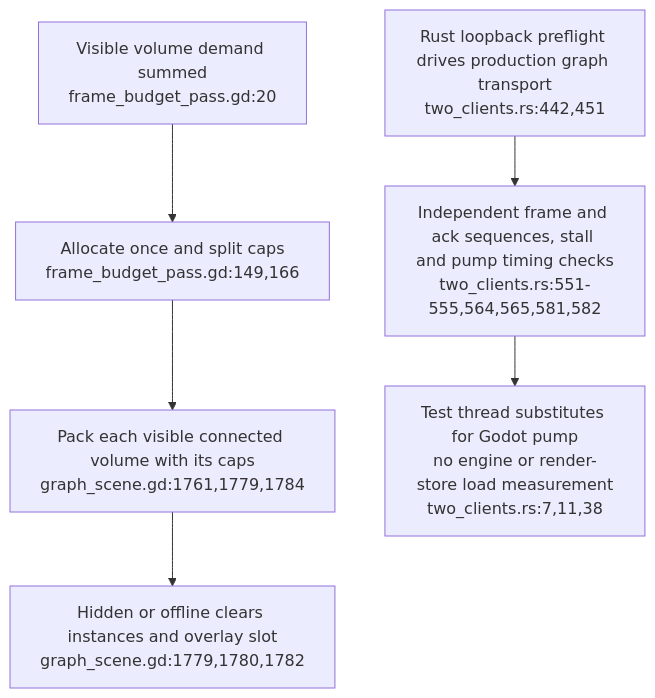
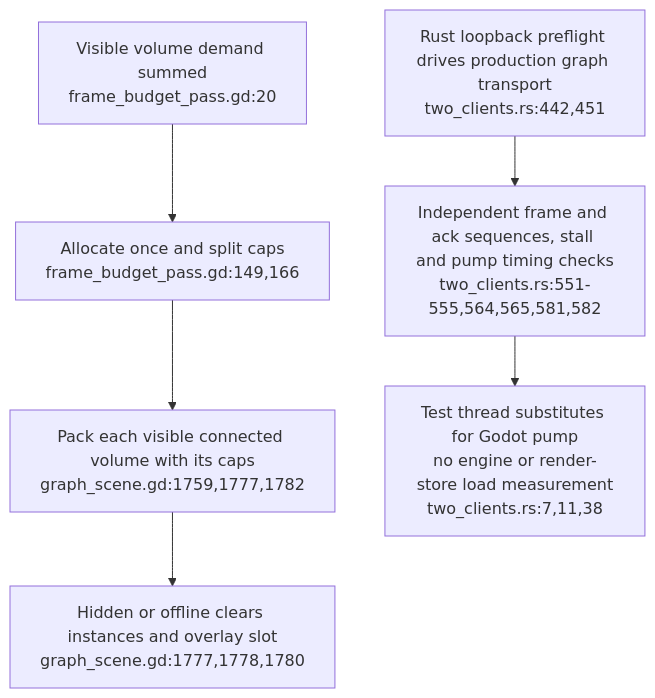
The third of 4 diagrams in docs/diagrams/visionclaw/44-xr-concurrent-backend-connections.md (DreamLab-AI/VisionFlow), drawn with Mermaid before and after one commit. The commit also changed other lines of this file and 7 other files, not shown here.

First line of the commit message:
diagrams(visionclaw): re-verify VC-43..VC-50 at visionclaw 4900ec6

````diff
--- a/docs/diagrams/visionclaw/44-xr-concurrent-backend-connections.md
+++ b/docs/diagrams/visionclaw/44-xr-concurrent-backend-connections.md
@@ -70,8 +70,8 @@
 ```mermaid
 flowchart TD
     VIS["Visible volume demand summed<br/>frame_budget_pass.gd:20"] --> BUD["Allocate once and split caps<br/>frame_budget_pass.gd:149,166"]
-    BUD --> PACK["Pack each visible connected volume with its caps<br/>graph_scene.gd:1761,1779,1784"]
-    PACK --> HIDE["Hidden or offline clears instances and overlay slot<br/>graph_scene.gd:1779,1780,1782"]
+    BUD --> PACK["Pack each visible connected volume with its caps<br/>graph_scene.gd:1759,1777,1782"]
+    PACK --> HIDE["Hidden or offline clears instances and overlay slot<br/>graph_scene.gd:1777,1778,1780"]
     PRE["Rust loopback preflight drives production graph transport<br/>two_clients.rs:442,451"] --> ACK["Independent frame and ack sequences, stall and pump timing checks<br/>two_clients.rs:551-555,564,565,581,582"]
     ACK --> LIMIT["Test thread substitutes for Godot pump<br/>no engine or render-store load measurement<br/>two_clients.rs:7,11,38"]
 ```
````
